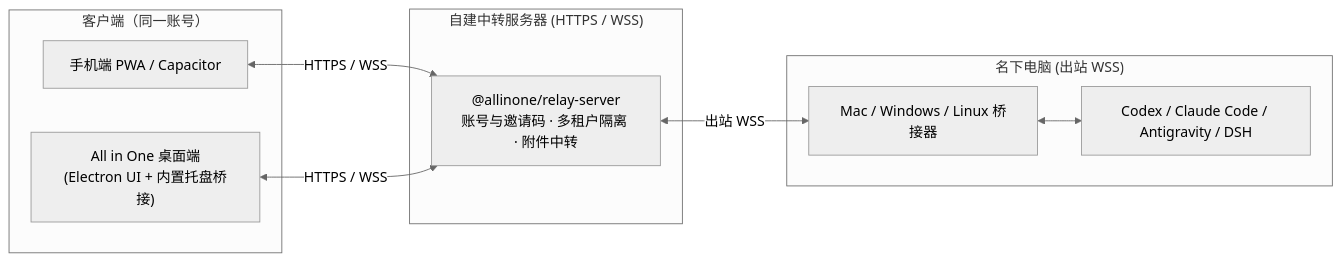
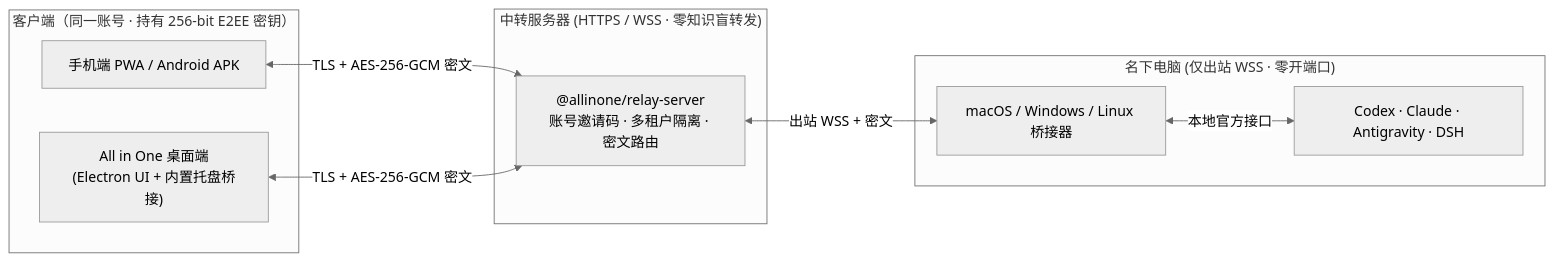
Before and after one commit to RainbowLion0320/AllinOne: the diagram in README.md, drawn with Mermaid (neutral theme). The commit also changed other lines of this file and 3 other files, not shown here.

````diff
--- a/README.md
+++ b/README.md
@@ -144,21 +179,21 @@
 ```mermaid
 flowchart LR
-  subgraph Clients["客户端（同一账号）"]
-    M["手机端 PWA / Capacitor"]
+  subgraph Clients["客户端（同一账号 · 持有 256-bit E2EE 密钥）"]
+    M["手机端 PWA / Android APK"]
     D["All in One 桌面端<br/>(Electron UI + 内置托盘桥接)"]
   end
 
-  subgraph Server["自建中转服务器 (HTTPS / WSS)"]
-    R["@allinone/relay-server<br/>账号与邀请码 · 多租户隔离 · 附件中转"]
+  subgraph Server["中转服务器 (HTTPS / WSS · 零知识盲转发)"]
+    R["@allinone/relay-server<br/>账号邀请码 · 多租户隔离 · 密文路由"]
   end
 
-  subgraph PCs["名下电脑 (出站 WSS)"]
-    B1["Mac / Windows / Linux 桥接器"]
-    A1["Codex / Claude Code / Antigravity / DSH"]
-    B1 <--> A1
+  subgraph PCs["名下电脑 (仅出站 WSS · 零开端口)"]
+    B1["macOS / Windows / Linux 桥接器"]
+    A1["Codex · Claude · Antigravity · DSH"]
+    B1 <-->|"本地官方接口"| A1
   end
 
-  M <-->|"HTTPS / WSS"| R
-  D <-->|"HTTPS / WSS"| R
-  R <-->|"出站 WSS"| B1
+  M <-->|"TLS + AES-256-GCM 密文"| R
+  D <-->|"TLS + AES-256-GCM 密文"| R
+  R <-->|"出站 WSS + 密文"| B1
 ```
````
